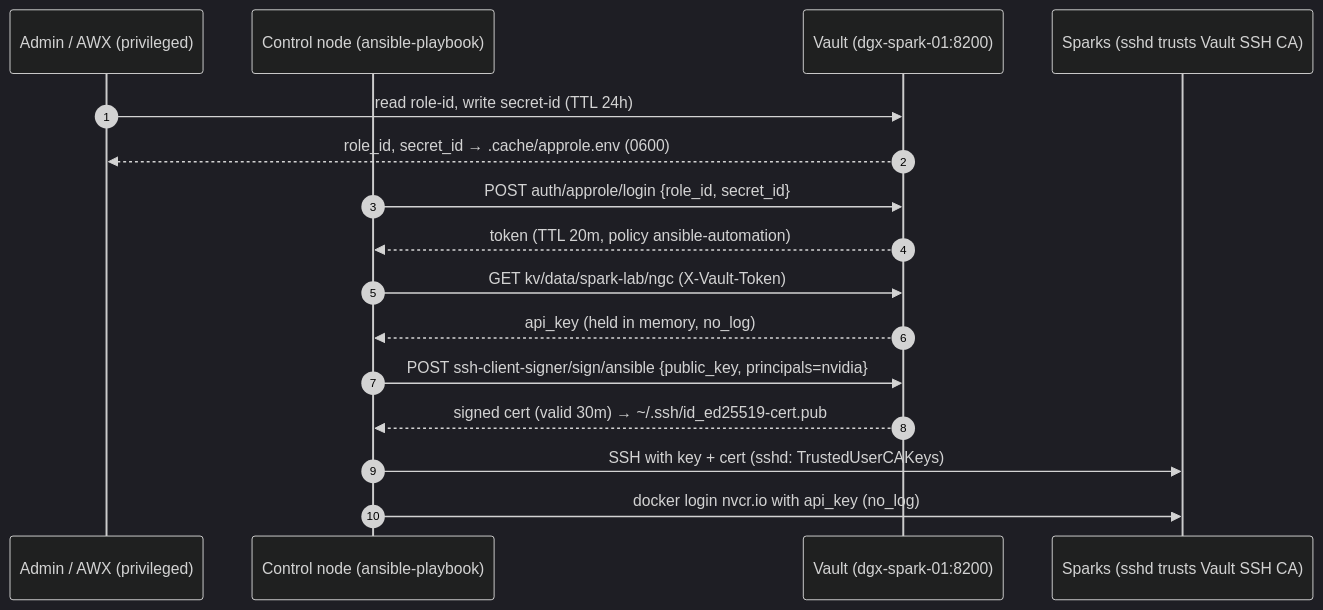
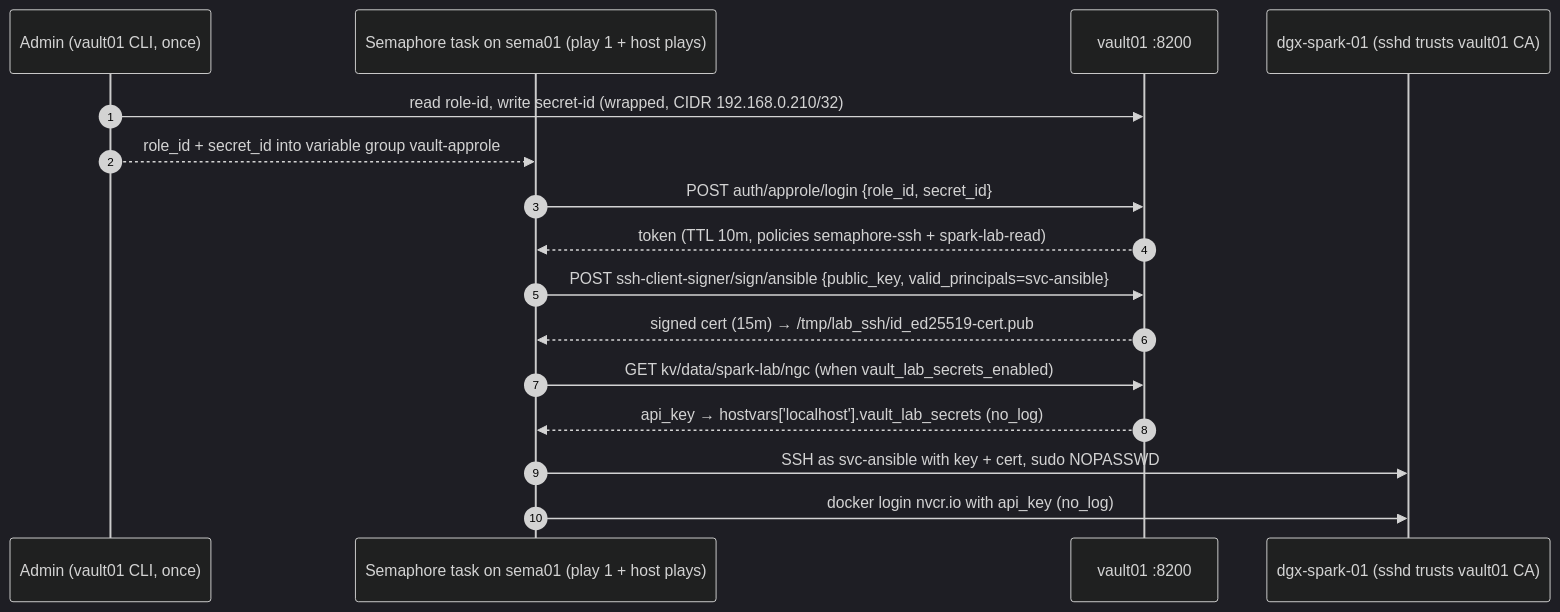
Before and after one commit to cloudone365/technical-depth: the diagram in 01 Ansible/19-hashicorp-vault-approle-and-dynamic-secrets.md, drawn with Mermaid (dark theme). The commit also changed other lines of this file and 37 other files, not shown here.

First line of the commit message:
Docs: Semaphore + vault01 management plane, dgx-spark-01 as a target

````diff
--- a/01 Ansible/19-hashicorp-vault-approle-and-dynamic-secrets.md
+++ b/01 Ansible/19-hashicorp-vault-approle-and-dynamic-secrets.md
@@ -28,18 +29,18 @@
 ```mermaid
 sequenceDiagram
   autonumber
-  participant ADM as Admin / AWX (privileged)
-  participant CN as Control node (ansible-playbook)
-  participant V as Vault (dgx-spark-01:8200)
-  participant SP as Sparks (sshd trusts Vault SSH CA)
-  ADM->>V: read role-id, write secret-id (TTL 24h)
-  V-->>ADM: role_id, secret_id → .cache/approle.env (0600)
-  CN->>V: POST auth/approle/login {role_id, secret_id}
-  V-->>CN: token (TTL 20m, policy ansible-automation)
-  CN->>V: GET kv/data/spark-lab/ngc   (X-Vault-Token)
-  V-->>CN: api_key (held in memory, no_log)
-  CN->>V: POST ssh-client-signer/sign/ansible {public_key, principals=nvidia}
-  V-->>CN: signed cert (valid 30m) → ~/.ssh/id_ed25519-cert.pub
-  CN->>SP: SSH with key + cert (sshd: TrustedUserCAKeys)
-  CN->>SP: docker login nvcr.io with api_key (no_log)
+  participant ADM as Admin (vault01 CLI, once)
+  participant SEM as Semaphore task on sema01 (play 1 + host plays)
+  participant V as vault01 :8200
+  participant SP as dgx-spark-01 (sshd trusts vault01 CA)
+  ADM->>V: read role-id, write secret-id (wrapped, CIDR 192.168.0.210/32)
+  ADM-->>SEM: role_id + secret_id into variable group vault-approle
+  SEM->>V: POST auth/approle/login {role_id, secret_id}
+  V-->>SEM: token (TTL 10m, policies semaphore-ssh + spark-lab-read)
+  SEM->>V: POST ssh-client-signer/sign/ansible {public_key, valid_principals=svc-ansible}
+  V-->>SEM: signed cert (15m) → /tmp/lab_ssh/id_ed25519-cert.pub
+  SEM->>V: GET kv/data/spark-lab/ngc (when vault_lab_secrets_enabled)
+  V-->>SEM: api_key → hostvars['localhost'].vault_lab_secrets (no_log)
+  SEM->>SP: SSH as svc-ansible with key + cert, sudo NOPASSWD
+  SEM->>SP: docker login nvcr.io with api_key (no_log)
 ```
````
